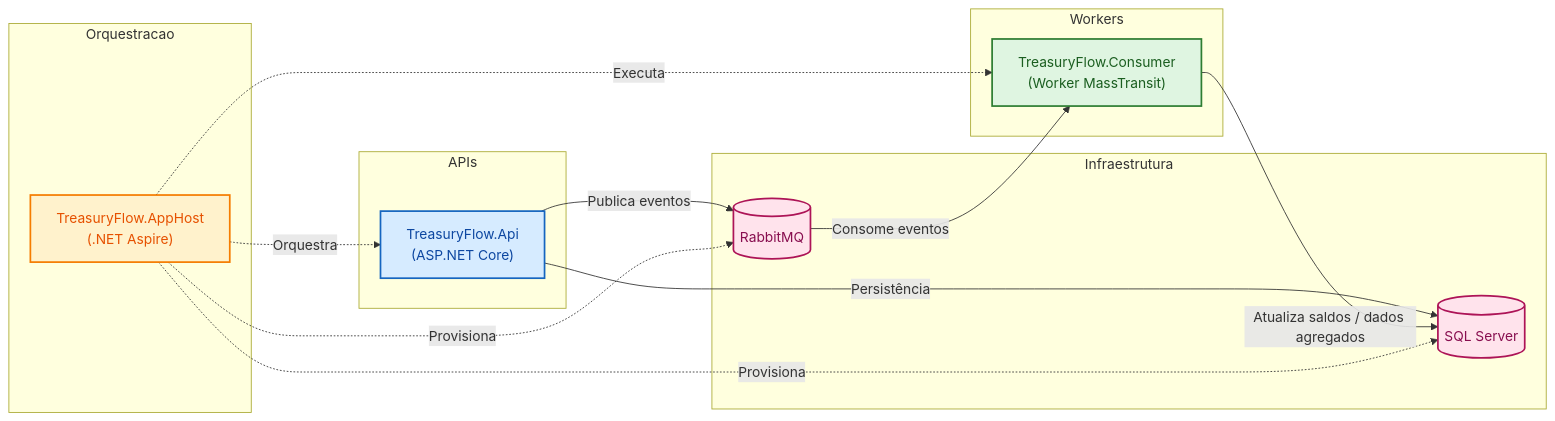
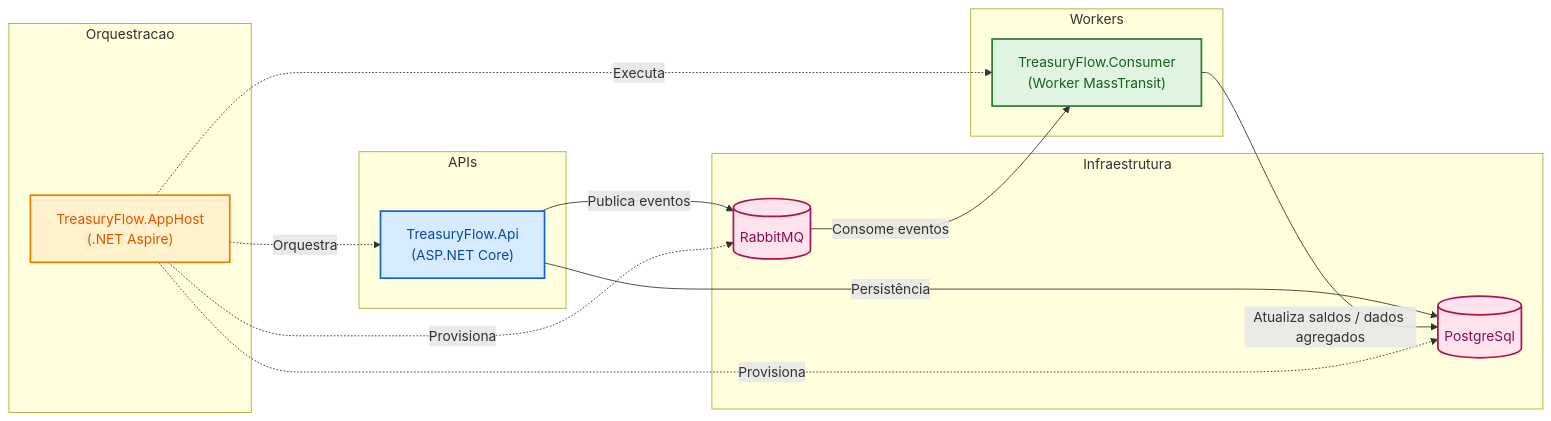
The diagram in README.md (Tmazo/treasury-flow), drawn with Mermaid before and after one commit. The commit also changed other lines of this file, not shown here.

````diff
--- a/README.md
+++ b/README.md
@@ -98,61 +98,61 @@
 ```mermaid
 flowchart LR
   %% =========================
   %% Infraestrutura
   %% =========================
   subgraph Infraestrutura
-    DB[(SQL Server)]
+    DB[(PostgreSql)]
     RMQ[(RabbitMQ)]
   end
 
   %% =========================
   %% API Pública
   %% =========================
   subgraph APIs
     API["TreasuryFlow.Api<br/>(ASP.NET Core)"]
   end
 
   %% =========================
   %% Workers / Consumers
   %% =========================
   subgraph Workers
     Consumer["TreasuryFlow.Consumer<br/>(Worker MassTransit)"]
   end
 
   %% =========================
   %% Orquestração (Aspire)
   %% =========================
   subgraph Orquestracao
     App["TreasuryFlow.AppHost<br/>(.NET Aspire)"]
   end
 
   %% =========================
   %% Fluxos principais
   %% =========================
   API -->|Persistência| DB
   API -->|Publica eventos| RMQ
 
   RMQ -->|Consome eventos| Consumer
   Consumer -->|Atualiza saldos / dados agregados| DB
 
   %% =========================
   %% Orquestração local
   %% =========================
   App -.->|Orquestra| API
   App -.->|Executa| Consumer
   App -.->|Provisiona| DB
   App -.->|Provisiona| RMQ
 
   %% =========================
   %% Estilos (cores mais vivas e clean)
   %% =========================
   classDef api fill:#D6EBFF,stroke:#1565C0,stroke-width:2px,color:#0D47A1;
   classDef worker fill:#DFF5E1,stroke:#2E7D32,stroke-width:2px,color:#1B5E20;
   classDef infra fill:#FFE3EC,stroke:#AD1457,stroke-width:2px,color:#880E4F;
   classDef orchestrator fill:#FFF2CC,stroke:#F57C00,stroke-width:2px,color:#E65100;
 
   class API api;
   class Consumer worker;
   class DB,RMQ infra;
   class App orchestrator;
 ```
````
